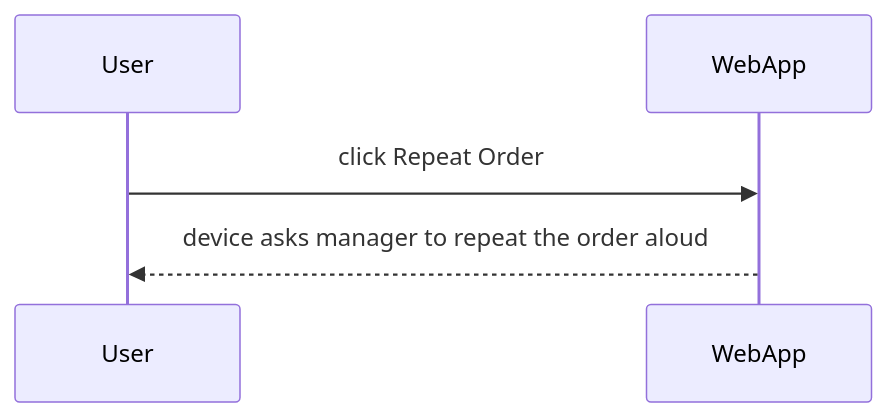
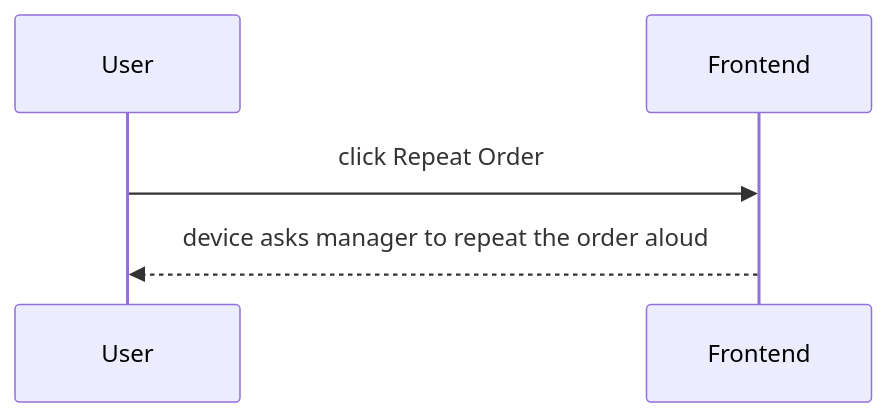
Diagram 12 of 19 in documentation/docs/system-architecture/use-case-sequences.md (Capstone-Projects-2025-Spring/aac-go-fish), drawn with Mermaid before and after one commit. The commit also changed other lines of this file and 2 other files, not shown here.

````diff
--- a/documentation/docs/system-architecture/use-case-sequences.md
+++ b/documentation/docs/system-architecture/use-case-sequences.md
@@ -201,8 +201,8 @@
 ```mermaid
 sequenceDiagram
     participant Employee as User
-    participant WebApp
+    participant Frontend
 
-    Employee->>WebApp: click Repeat Order
-    WebApp-->>Employee: device asks manager to repeat the order aloud
+    Employee->>Frontend: click Repeat Order
+    Frontend-->>Employee: device asks manager to repeat the order aloud
 ```
````
